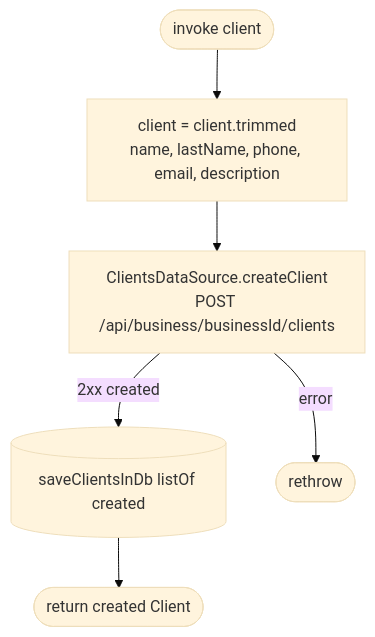
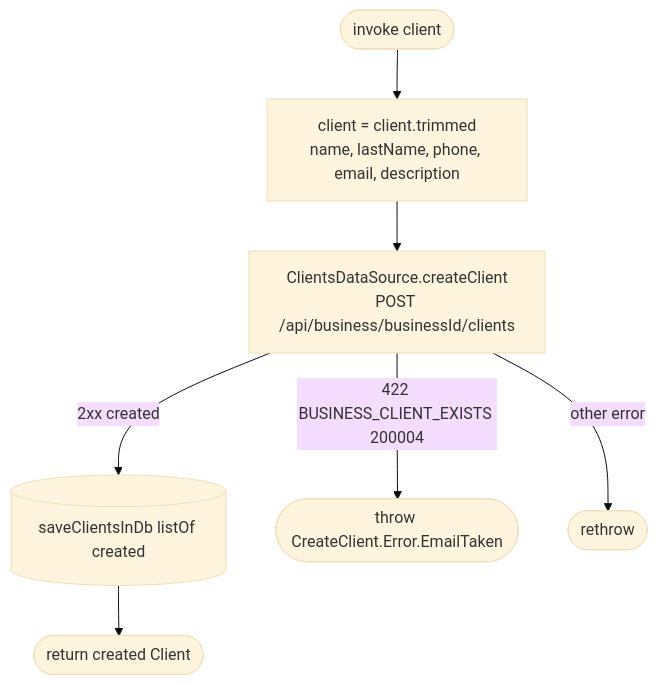
The diagram in docs/operations/clients/create-client.md (nocturneproperties/bookkme-client), drawn with Mermaid (base theme) before and after one commit. The commit also changed other lines of this file and 18 other files, not shown here.

Commit message:
[ISSUE-143] client creation and editing email verification

````diff
--- a/docs/operations/clients/create-client.md
+++ b/docs/operations/clients/create-client.md
@@ -11,8 +13,9 @@
 ```mermaid
 flowchart TD
     Start([invoke client]) --> Trim[client = client.trimmed<br/>name, lastName, phone, email, description]
     Trim --> Net[ClientsDataSource.createClient<br/>POST /api/business/businessId/clients]
     Net -- 2xx created --> Save[(saveClientsInDb listOf created)]
     Save --> R([return created Client])
-    Net -- error --> EX([rethrow])
+    Net -- 422 BUSINESS_CLIENT_EXISTS 200004 --> Taken([throw CreateClient.Error.EmailTaken])
+    Net -- other error --> EX([rethrow])
 ```
````
